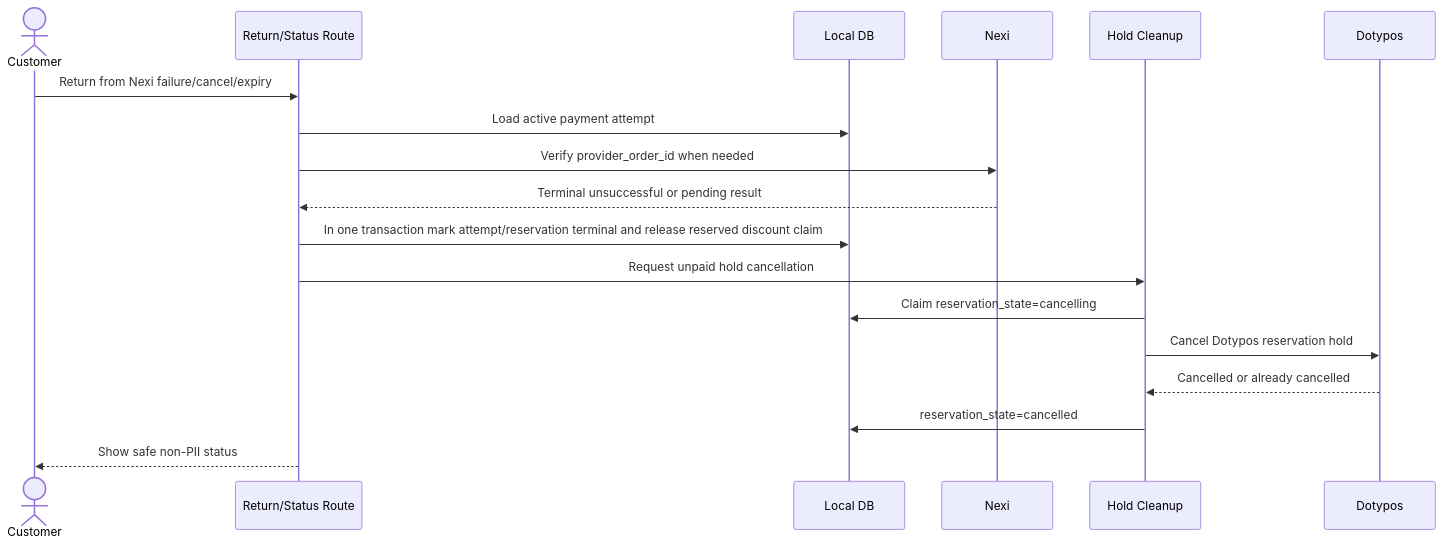
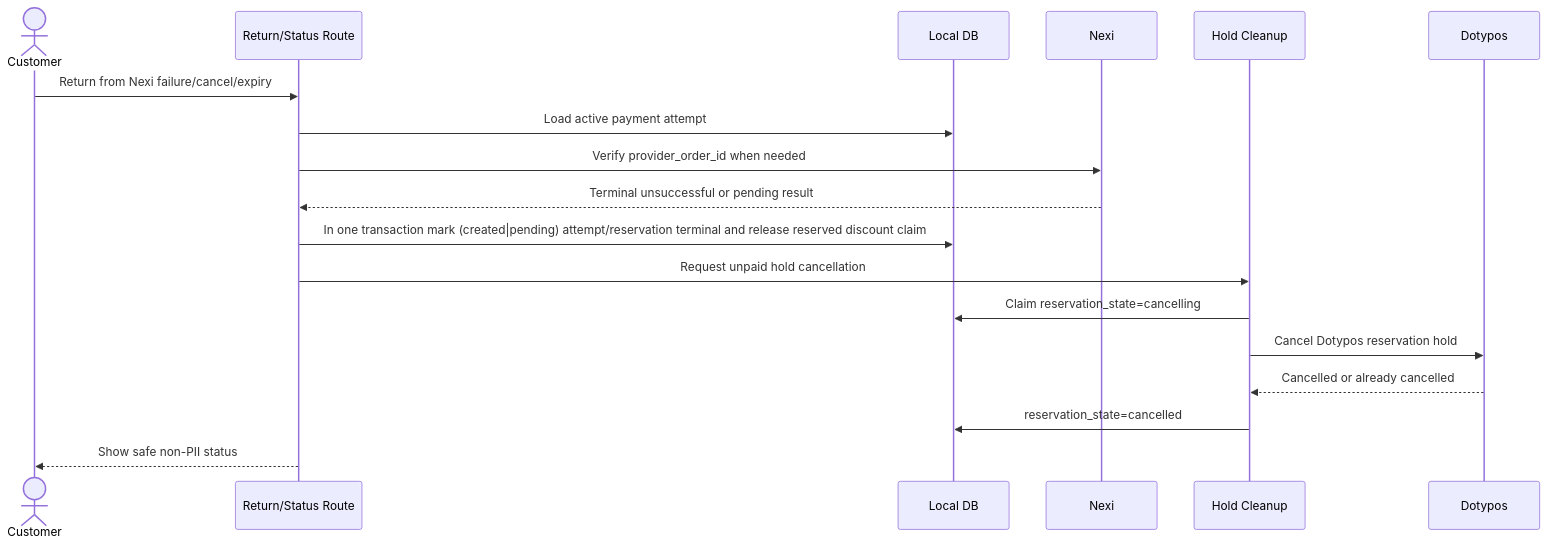
The fifth of 6 diagrams in apps/deskohub-workspace/docs/checkout-lifecycle.md (totalolage/deskohub-site), drawn with Mermaid before and after one commit. The commit also changed other lines of this file and 15 other files, not shown here.

````diff
--- a/apps/deskohub-workspace/docs/checkout-lifecycle.md
+++ b/apps/deskohub-workspace/docs/checkout-lifecycle.md
@@ -493,21 +497,21 @@
 ```mermaid
 sequenceDiagram
   actor Customer
   participant Return as Return/Status Route
   participant DB as Local DB
   participant Nexi
   participant Cleanup as Hold Cleanup
   participant Dotypos
 
   Customer->>Return: Return from Nexi failure/cancel/expiry
   Return->>DB: Load active payment attempt
   Return->>Nexi: Verify provider_order_id when needed
   Nexi-->>Return: Terminal unsuccessful or pending result
-  Return->>DB: In one transaction mark attempt/reservation terminal and release reserved discount claim
+  Return->>DB: In one transaction mark (created|pending) attempt/reservation terminal and release reserved discount claim
   Return->>Cleanup: Request unpaid hold cancellation
   Cleanup->>DB: Claim reservation_state=cancelling
   Cleanup->>Dotypos: Cancel Dotypos reservation hold
   Dotypos-->>Cleanup: Cancelled or already cancelled
   Cleanup->>DB: reservation_state=cancelled
   Return-->>Customer: Show safe non-PII status
 ```
````
